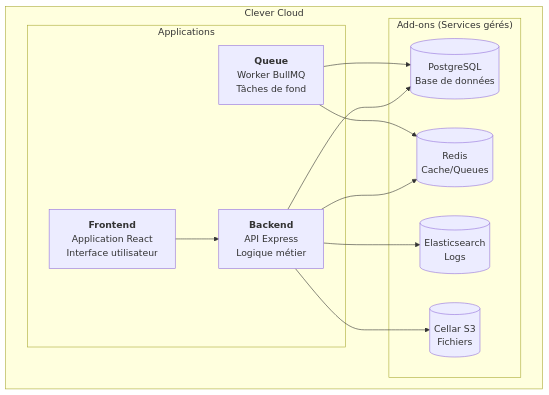
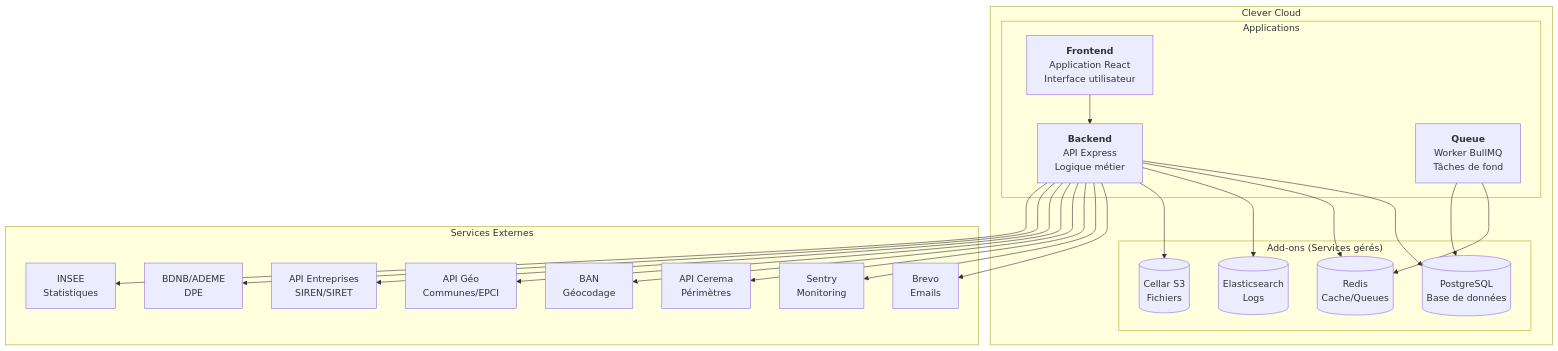
The second of 3 diagrams in docs/technical/DI-Dossier-Installation.md (MTES-MCT/zero-logement-vacant), drawn with Mermaid before and after one commit. The commit also changed other lines of this file and 1 other file, not shown here.

````diff
--- a/docs/technical/DI-Dossier-Installation.md
+++ b/docs/technical/DI-Dossier-Installation.md
@@ -442,25 +448,44 @@
 ```mermaid
 flowchart TB
     subgraph CleverCloud["Clever Cloud"]
         subgraph Apps["Applications"]
             Frontend["<b>Frontend</b><br/>Application React<br/>Interface utilisateur"]
             Backend["<b>Backend</b><br/>API Express<br/>Logique métier"]
             Queue["<b>Queue</b><br/>Worker BullMQ<br/>Tâches de fond"]
         end
 
         subgraph AddOns["Add-ons (Services gérés)"]
             PostgreSQL[("PostgreSQL<br/>Base de données")]
             Redis[("Redis<br/>Cache/Queues")]
             ES[("Elasticsearch<br/>Logs")]
             Cellar[("Cellar S3<br/>Fichiers")]
         end
     end
 
+    subgraph External["Services Externes"]
+        Brevo["Brevo<br/>Emails"]
+        Sentry["Sentry<br/>Monitoring"]
+        Cerema["API Cerema<br/>Périmètres"]
+        BAN["BAN<br/>Géocodage"]
+        GeoAPI["API Géo<br/>Communes/EPCI"]
+        EntAPI["API Entreprises<br/>SIREN/SIRET"]
+        BDNB["BDNB/ADEME<br/>DPE"]
+        INSEE["INSEE<br/>Statistiques"]
+    end
+
     Frontend --> Backend
     Backend --> PostgreSQL
     Backend --> Redis
     Backend --> ES
     Backend --> Cellar
     Queue --> Redis
     Queue --> PostgreSQL
+    Backend --> Brevo
+    Backend --> Sentry
+    Backend --> Cerema
+    Backend --> BAN
+    Backend --> GeoAPI
+    Backend --> EntAPI
+    Backend --> BDNB
+    Backend --> INSEE
 ```
````
